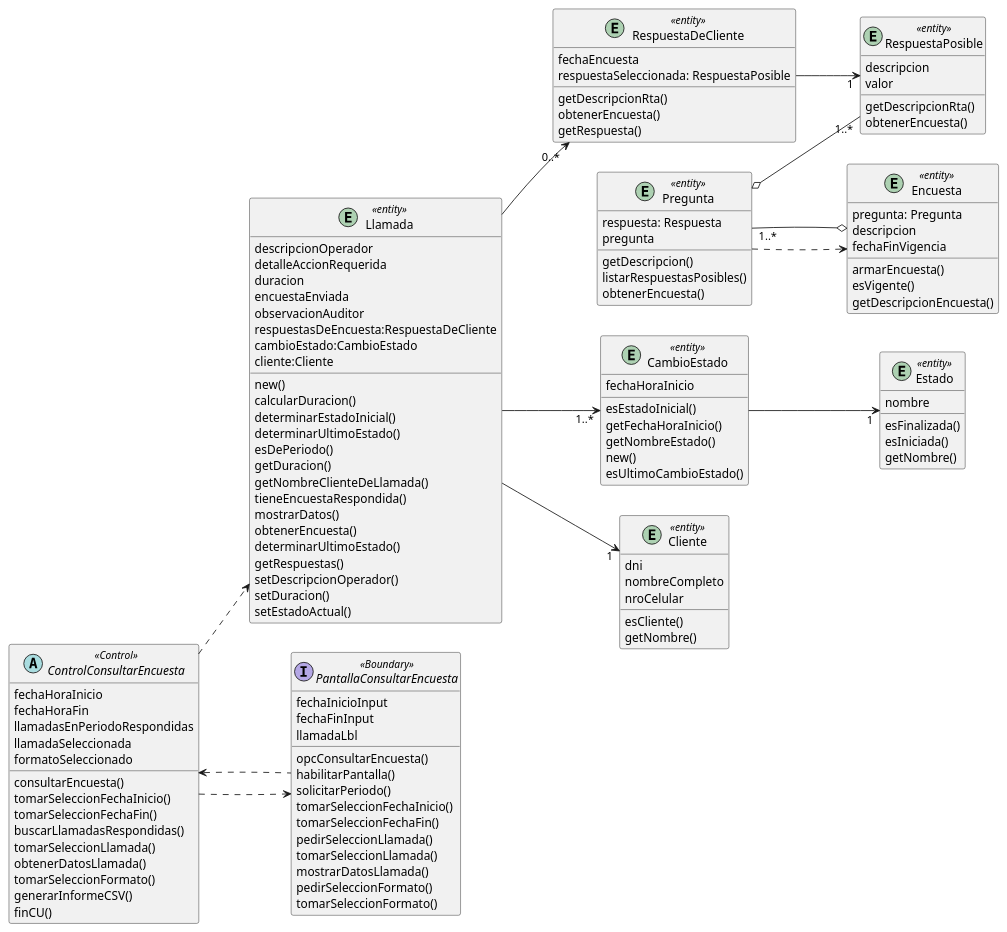
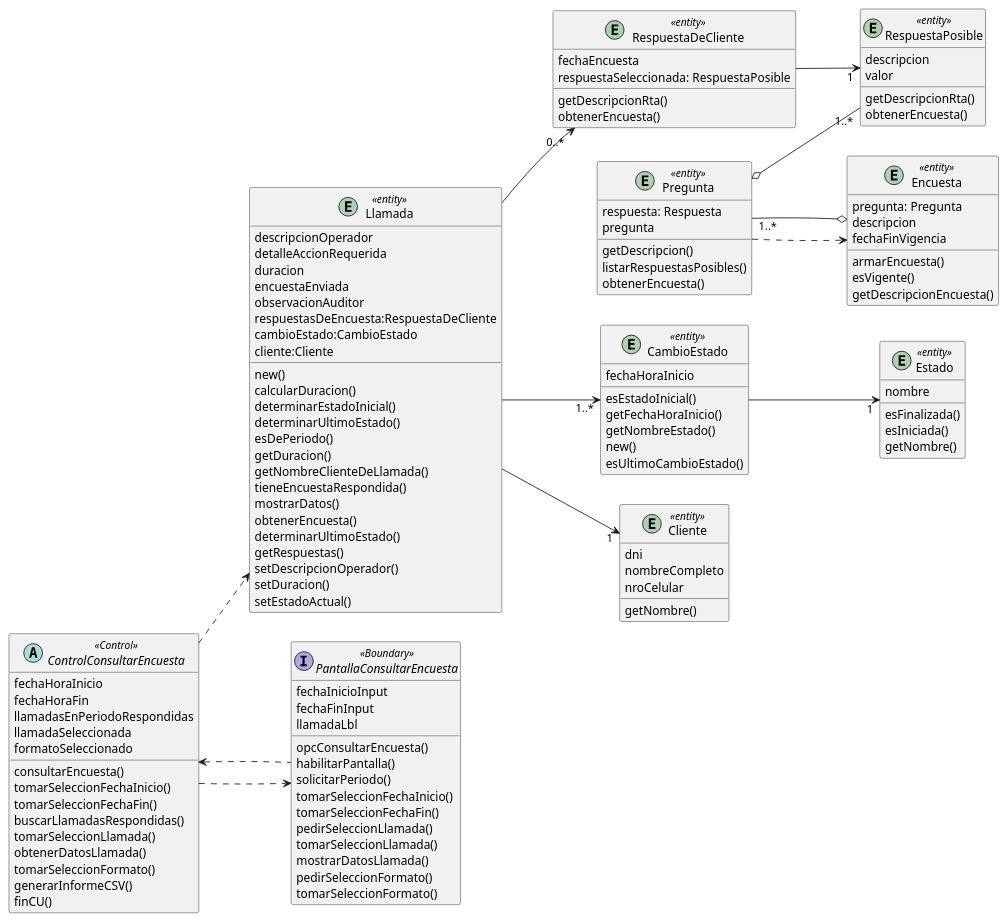
One commit to ReynaTeodoro/2023DSI changed the diagram in PPAI/Sequence/cu44 classDiagram.puml. Above: the diagram before and after it, drawn with PlantUML. The commit also changed 16 other files, not shown here.

```diff
--- a/PPAI/Sequence/cu44 classDiagram.puml
+++ b/PPAI/Sequence/cu44 classDiagram.puml
@@ -1,142 +1,141 @@
 @startuml
 left to right direction
 entity Llamada <<entity>>{
 descripcionOperador
 detalleAccionRequerida
 duracion
 encuestaEnviada
 observacionAuditor
 respuestasDeEncuesta:RespuestaDeCliente
 cambioEstado:CambioEstado
 cliente:Cliente
 
 new()
 calcularDuracion()
 determinarEstadoInicial()
 determinarUltimoEstado()
 esDePeriodo()
 getDuracion()
 getNombreClienteDeLlamada()
 tieneEncuestaRespondida()
 mostrarDatos()
 obtenerEncuesta()
 determinarUltimoEstado()
 getRespuestas()
 setDescripcionOperador()
 setDuracion()
 setEstadoActual()
 
 }
 
 entity RespuestaDeCliente <<entity>>{
 fechaEncuesta
 respuestaSeleccionada: RespuestaPosible
 
 getDescripcionRta()
 obtenerEncuesta()
-getRespuesta()
 }
 entity RespuestaPosible <<entity>>{
 descripcion
 valor
 
 getDescripcionRta()
 obtenerEncuesta()
 }
 entity Pregunta<<entity>>{
 respuesta: Respuesta
 pregunta
 
 getDescripcion()
 listarRespuestasPosibles()
 obtenerEncuesta()
 }
 
 entity Encuesta<<entity>>{
 pregunta: Pregunta
 descripcion
 fechaFinVigencia
 
 armarEncuesta()
 esVigente()
 getDescripcionEncuesta()
 }
 
 entity CambioEstado <<entity>>{
 fechaHoraInicio
 esEstadoInicial()
 getFechaHoraInicio()
 getNombreEstado()
 new()
 esUltimoCambioEstado()
 }
 entity Estado <<entity>>{
 nombre
 
 esFinalizada()
 esIniciada()
 getNombre()
 }
 entity Cliente <<entity>>{
 dni
 nombreCompleto
 nroCelular
 
-esCliente()
+
 getNombre()
 }
 interface PantallaConsultarEncuesta<<Boundary>>{
 fechaInicioInput
 fechaFinInput
 llamadaLbl
 
 
 opcConsultarEncuesta()
 habilitarPantalla()
 solicitarPeriodo()
 tomarSeleccionFechaInicio()
 tomarSeleccionFechaFin()
 pedirSeleccionLlamada()
 tomarSeleccionLlamada()
 mostrarDatosLlamada()
 pedirSeleccionFormato()
 tomarSeleccionFormato()
 }
 
 
 abstract ControlConsultarEncuesta<<Control>>{
 fechaHoraInicio
 fechaHoraFin
 llamadasEnPeriodoRespondidas
 llamadaSeleccionada
 formatoSeleccionado
 
 consultarEncuesta()
 tomarSeleccionFechaInicio()
 tomarSeleccionFechaFin()
 buscarLlamadasRespondidas()
 tomarSeleccionLlamada()
 obtenerDatosLlamada()
 tomarSeleccionFormato()
 generarInformeCSV()
 finCU()
 }
 
 Llamada -->"0..*" RespuestaDeCliente
 RespuestaDeCliente -->"1" RespuestaPosible
 Encuesta o--"1..*" Pregunta 
 Pregunta o--"1..*" RespuestaPosible
 
 Llamada -->"1..*"CambioEstado
 CambioEstado-->"1"Estado
 
 Llamada -->"1"Cliente
 
 ControlConsultarEncuesta ..> PantallaConsultarEncuesta
 ControlConsultarEncuesta <.. PantallaConsultarEncuesta
 
 ControlConsultarEncuesta ..> Llamada
 Pregunta ..> Encuesta
 
 
 @enduml
```
